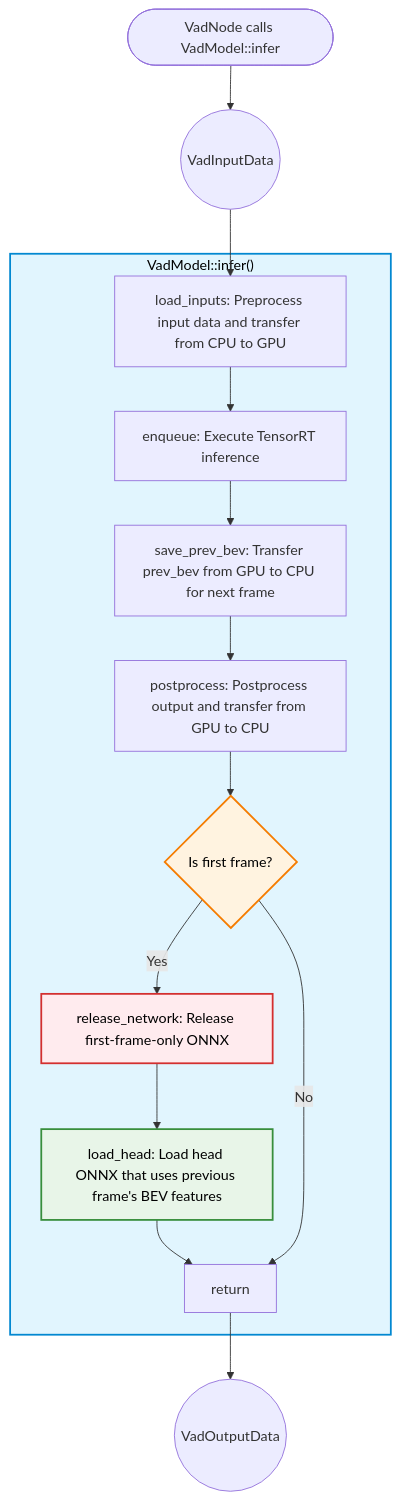
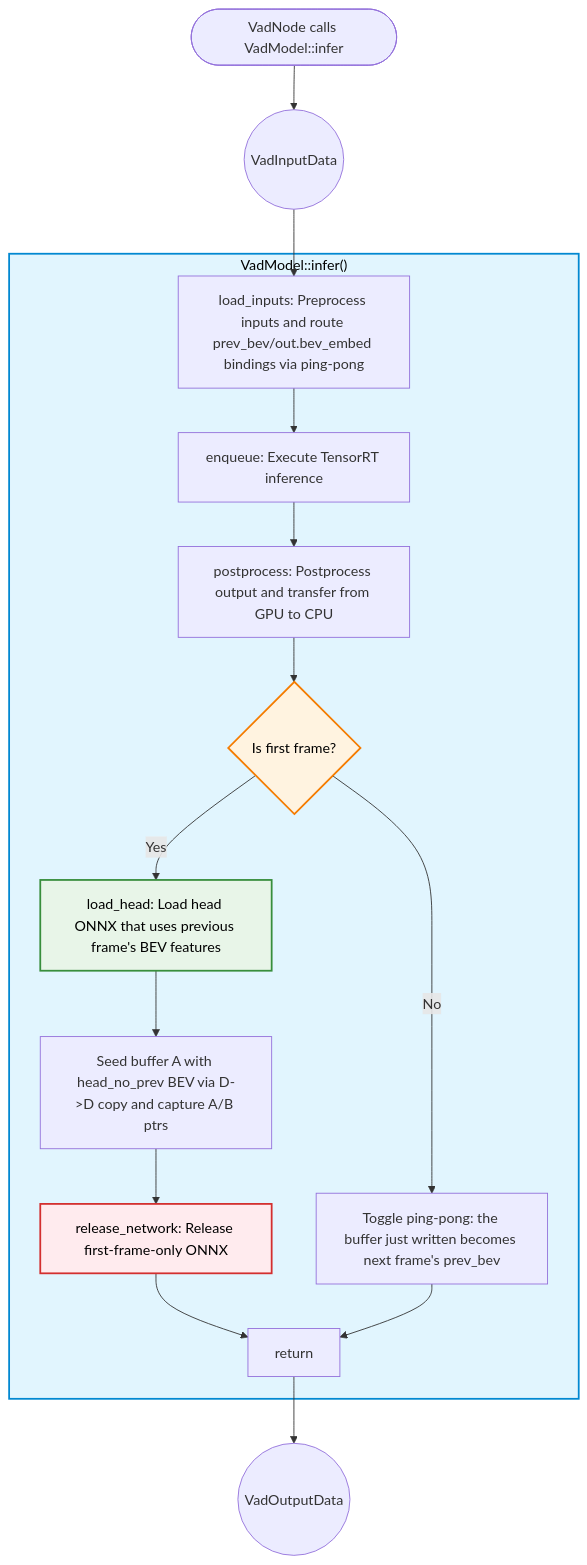
Before and after one commit to autowarefoundation/autoware_universe: the first of 3 diagrams in e2e/autoware_tensorrt_vad/docs/design_vad_model.md, drawn with Mermaid. The commit also changed other lines of this file and 1 other file, not shown here.

Commit message:
fix(autoware_tensorrt_vad): bind prev_bev via setTensorAddress

````diff
--- a/e2e/autoware_tensorrt_vad/docs/design_vad_model.md
+++ b/e2e/autoware_tensorrt_vad/docs/design_vad_model.md
@@ -20,40 +20,41 @@
 ```mermaid
 flowchart TD
     Start([VadNode calls VadModel::infer]) --> VadInputDataBox((VadInputData))
     VadInputDataBox --> LoadInputs
 
     subgraph InferScope["VadModel::infer()"]
-        LoadInputs[load_inputs: Preprocess input data and transfer from CPU to GPU]
+        LoadInputs[load_inputs: Preprocess inputs and route prev_bev/out.bev_embed bindings via ping-pong]
         LoadInputs --> Enqueue[enqueue: Execute TensorRT inference]
-        Enqueue --> SavePrevBev[save_prev_bev: Transfer prev_bev from GPU to CPU for next frame]
-        SavePrevBev --> Postprocess[postprocess: Postprocess output and transfer from GPU to CPU]
+        Enqueue --> Postprocess[postprocess: Postprocess output and transfer from GPU to CPU]
 
         Postprocess --> CheckFirstFrame{Is first frame?}
 
-        CheckFirstFrame -->|Yes| ReleaseNetwork[release_network: Release first-frame-only ONNX]
-        ReleaseNetwork --> LoadHead[load_head: Load head ONNX that uses previous frame's BEV features]
-        LoadHead --> ReturnText[return]
+        CheckFirstFrame -->|Yes| LoadHead[load_head: Load head ONNX that uses previous frame's BEV features]
+        LoadHead --> SeedPingPong[Seed buffer A with head_no_prev BEV via D->D copy and capture A/B ptrs]
+        SeedPingPong --> ReleaseNetwork[release_network: Release first-frame-only ONNX]
+        ReleaseNetwork --> ReturnText[return]
 
-        CheckFirstFrame -->|No| ReturnText
+        CheckFirstFrame -->|No| SwapPingPong[Toggle ping-pong: the buffer just written becomes next frame's prev_bev]
+        SwapPingPong --> ReturnText
     end
 
     ReturnText --> VadOutputDataBox((VadOutputData))
 
 
 
     style InferScope fill:#e1f5fe,stroke:#0288d1,stroke-width:2px,color:#000000
     style CheckFirstFrame fill:#fff3e0,stroke:#f57c00,stroke-width:2px,color:#000000
     style ReleaseNetwork fill:#ffebee,stroke:#d32f2f,stroke-width:2px,color:#000000
     style LoadHead fill:#e8f5e8,stroke:#388e3c,stroke-width:2px,color:#000000
 
     %% Links to source code files
     click Start "https://github.com/autowarefoundation/autoware_universe/tree/main/planning/autoware_tensorrt_v../src/vad_node.hpp" "VadNode header file"
     click VadInputDataBox "https://github.com/autowarefoundation/autoware_universe/tree/main/planning/autoware_tensorrt_v../src/data_types.hpp" "VadInputData definition"
     click LoadInputs "https://github.com/autowarefoundation/autoware_universe/tree/main/planning/autoware_tensorrt_v../src/vad_model.hpp" "VadModel implementation"
     click Enqueue "https://github.com/autowarefoundation/autoware_universe/tree/main/planning/autoware_tensorrt_v../src/vad_model.hpp" "VadModel implementation"
     click SavePrevBev "https://github.com/autowarefoundation/autoware_universe/tree/main/planning/autoware_tensorrt_v../src/vad_model.hpp" "VadModel implementation"
     click Postprocess "https://github.com/autowarefoundation/autoware_universe/tree/main/planning/autoware_tensorrt_v../src/vad_model.hpp" "VadModel implementation"
     click ReleaseNetwork "https://github.com/autowarefoundation/autoware_universe/tree/main/planning/autoware_tensorrt_v../src/vad_model.hpp" "VadModel implementation"
     click LoadHead "https://github.com/autowarefoundation/autoware_universe/tree/main/planning/autoware_tensorrt_v../src/vad_model.hpp" "VadModel implementation"
     click VadOutputDataBox "https://github.com/autowarefoundation/autoware_universe/tree/main/planning/autoware_tensorrt_v../src/data_types.hpp" "VadOutputData definition"
 ```
````
